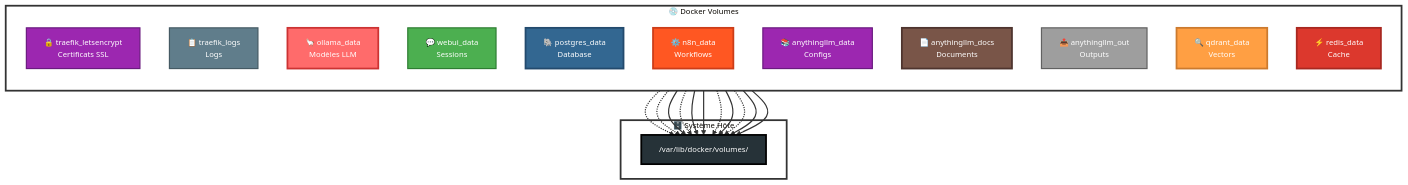
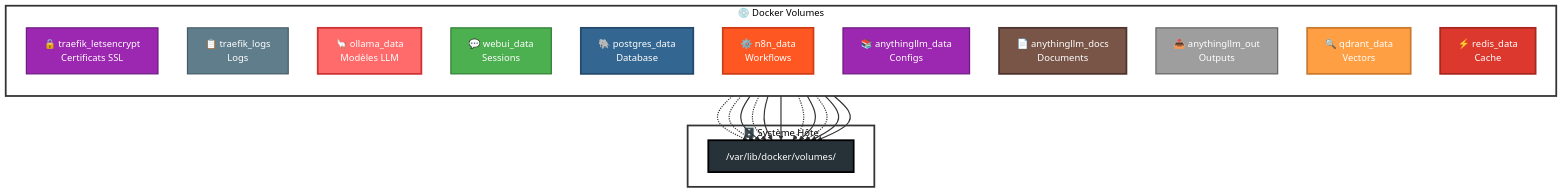
One commit to MPFabio/Stack-IA changed the sixth of 14 diagrams in docs/ARCHITECTURE.md. Above: the diagram before and after it, drawn with Mermaid. The commit also changed other lines of this file, not shown here.

First line of the commit message:
feat(docs): Fonds colorés sur TOUS les diagrammes

````diff
--- a/docs/ARCHITECTURE.md
+++ b/docs/ARCHITECTURE.md
@@ -402,51 +402,51 @@
 ```mermaid
-%%{init: {'theme':'base', 'themeVariables': { 'fontSize':'13px'}}}%%
+%%{init: {'theme':'base', 'themeVariables': {'background':'#fff3e0','mainBkg':'#fff3e0','primaryTextColor':'#000','secondaryTextColor':'#000','tertiaryTextColor':'#000','lineColor':'#000','textColor':'#000'}}}%%
 graph TB
     subgraph VOLUMES["💿 Docker Volumes"]
         direction TB
         V1["🔒 traefik_letsencrypt<br/>Certificats SSL"]
         V2["📋 traefik_logs<br/>Logs"]
         V3["🦙 ollama_data<br/>Modèles LLM"]
         V4["💬 webui_data<br/>Sessions"]
         V5["🐘 postgres_data<br/>Database"]
         V6["⚙️ n8n_data<br/>Workflows"]
         V7["📚 anythingllm_data<br/>Configs"]
         V8["📄 anythingllm_docs<br/>Documents"]
         V9["📤 anythingllm_out<br/>Outputs"]
         V10["🔍 qdrant_data<br/>Vectors"]
         V11["⚡ redis_data<br/>Cache"]
     end
     
     subgraph HOST["🗄️ Système Hôte"]
         PHYSICAL["/var/lib/docker/volumes/"]
     end
     
     V1 -.-> PHYSICAL
     V2 -.-> PHYSICAL
     V3 ==> PHYSICAL
     V4 -.-> PHYSICAL
     V5 ==> PHYSICAL
     V6 ==> PHYSICAL
     V7 -.-> PHYSICAL
     V8 ==> PHYSICAL
     V9 -.-> PHYSICAL
     V10 ==> PHYSICAL
     V11 ==> PHYSICAL
     
     style V1 fill:#9C27B0,stroke:#6a1b7f,stroke-width:2px,color:#fff
     style V2 fill:#607D8B,stroke:#455a64,stroke-width:2px,color:#fff
     style V3 fill:#ff6b6b,stroke:#cc3333,stroke-width:3px,color:#fff
     style V4 fill:#4CAF50,stroke:#2e7d32,stroke-width:2px,color:#fff
     style V5 fill:#336791,stroke:#234a6d,stroke-width:3px,color:#fff
     style V6 fill:#FF5722,stroke:#cc3d18,stroke-width:3px,color:#fff
     style V7 fill:#9C27B0,stroke:#6a1b7f,stroke-width:2px,color:#fff
     style V8 fill:#795548,stroke:#4e342e,stroke-width:3px,color:#fff
     style V9 fill:#9E9E9E,stroke:#616161,stroke-width:2px,color:#fff
     style V10 fill:#ff9f43,stroke:#cc7a2e,stroke-width:3px,color:#fff
     style V11 fill:#dc382d,stroke:#a82820,stroke-width:3px,color:#fff
     style PHYSICAL fill:#263238,stroke:#000,stroke-width:3px,color:#fff
     style VOLUMES fill:#ffffff,stroke:#333,stroke-width:3px
     style HOST fill:#ffffff,stroke:#333,stroke-width:3px
     
     linkStyle default stroke:#333,stroke-width:2px
 ```
````
